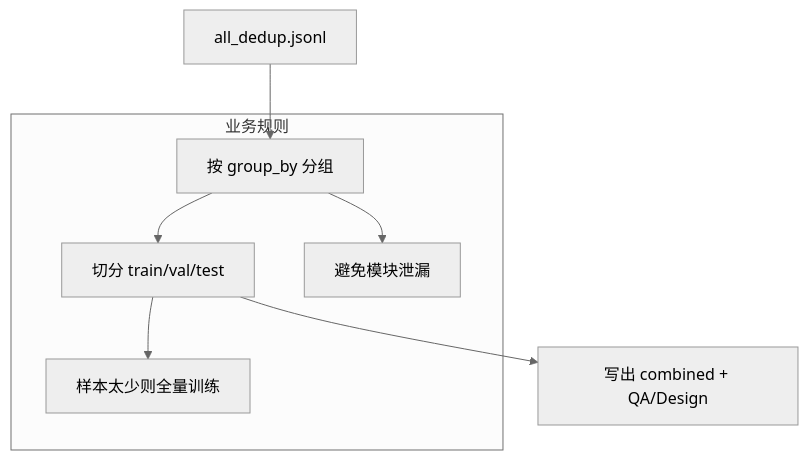
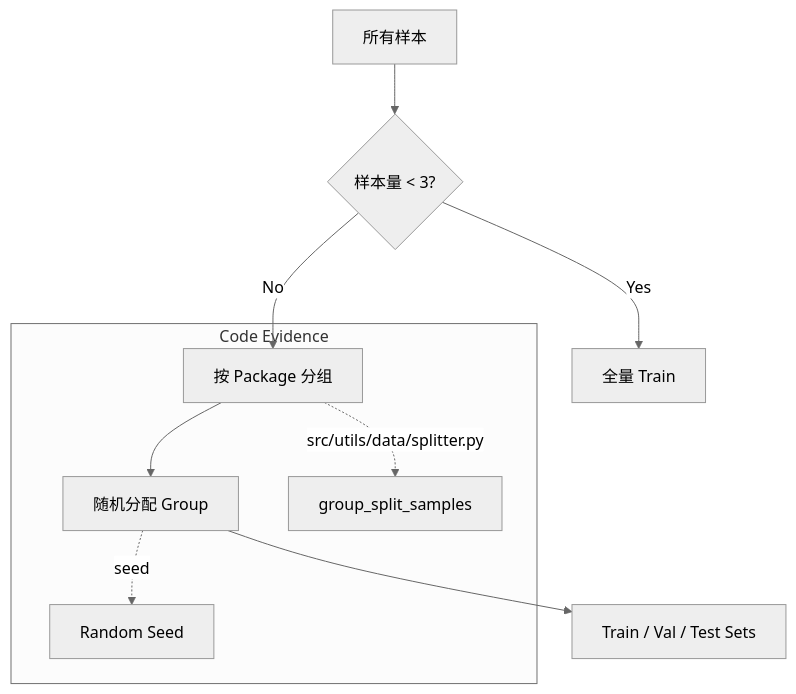
Before and after one commit to FlutteryEmbers/intelligent_code: the diagram in docs/features/04_pipeline/dataset_split.md, drawn with Mermaid (neutral theme). The commit also changed other lines of this file and 8 other files, not shown here.

````diff
--- a/docs/features/04_pipeline/dataset_split.md
+++ b/docs/features/04_pipeline/dataset_split.md
@@ -33,11 +59,13 @@
 ```mermaid
 flowchart TD
-  A[all_dedup.jsonl] --> B[按 group_by 分组]
-  B --> C[切分 train/val/test]
-  C --> D[写出 combined + QA/Design]
+  A[所有样本] --> B{样本量 < 3?}
+  B -- Yes --> C[全量 Train]
+  B -- No --> D[按 Package 分组]
+  D --> E[随机分配 Group]
+  E --> F[Train / Val / Test Sets]
 
-  subgraph 业务规则
-    B --> B1[避免模块泄漏]
-    C --> C1[样本太少则全量训练]
+  subgraph Code Evidence
+    D -.-> |src/utils/data/splitter.py| group[group_split_samples]
+    E -.-> |seed| rng[Random Seed]
   end
 ```
````
